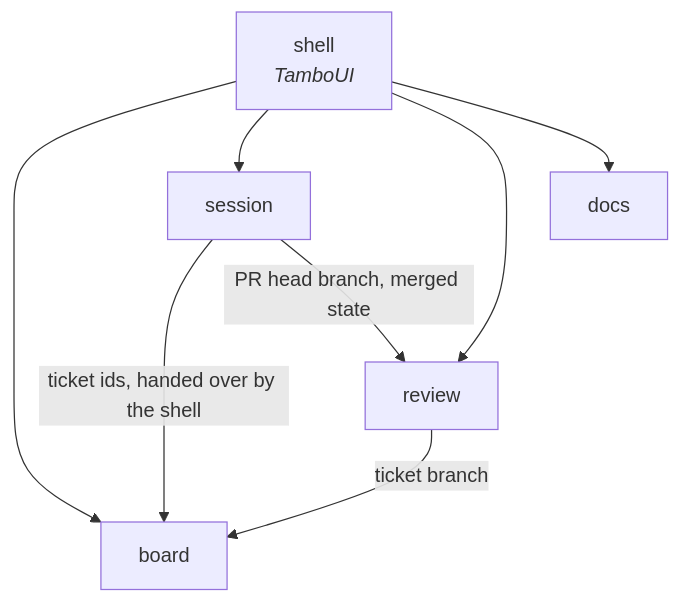
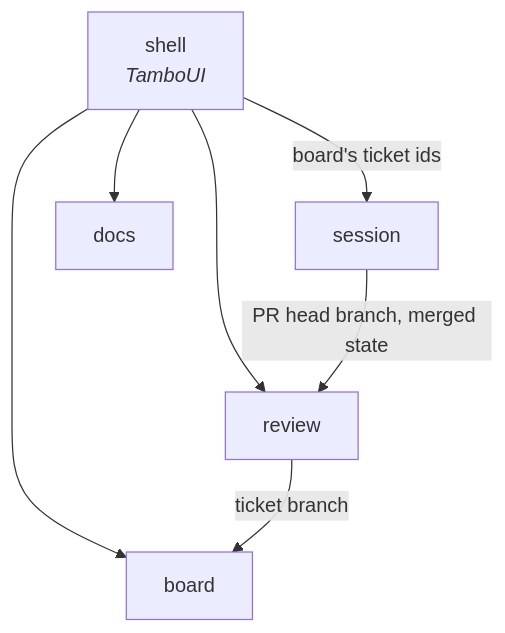
The diagram in docs/context-map.md (maxenceng/lazyclaude), drawn with Mermaid before and after one commit. The commit also changed 14 other files, not shown here.

First line of the commit message:
Act on the SESSION-3 review: the views pick a ticket's strongest session, a run names an id, one ticket id shape

````diff
--- a/docs/context-map.md
+++ b/docs/context-map.md
@@ -29,15 +29,14 @@
 ```mermaid
 graph TD
     shell[shell<br/><i>TamboUI</i>]
     board[board]
     session[session]
     review[review]
     docs[docs]
     shell --> board
-    shell --> session
+    shell -- "board's ticket ids" --> session
     shell --> review
     shell --> docs
-    session -- "ticket ids, handed over by the shell" --> board
     session -- "PR head branch, merged state" --> review
     review -- "ticket branch" --> board
 ```
````
